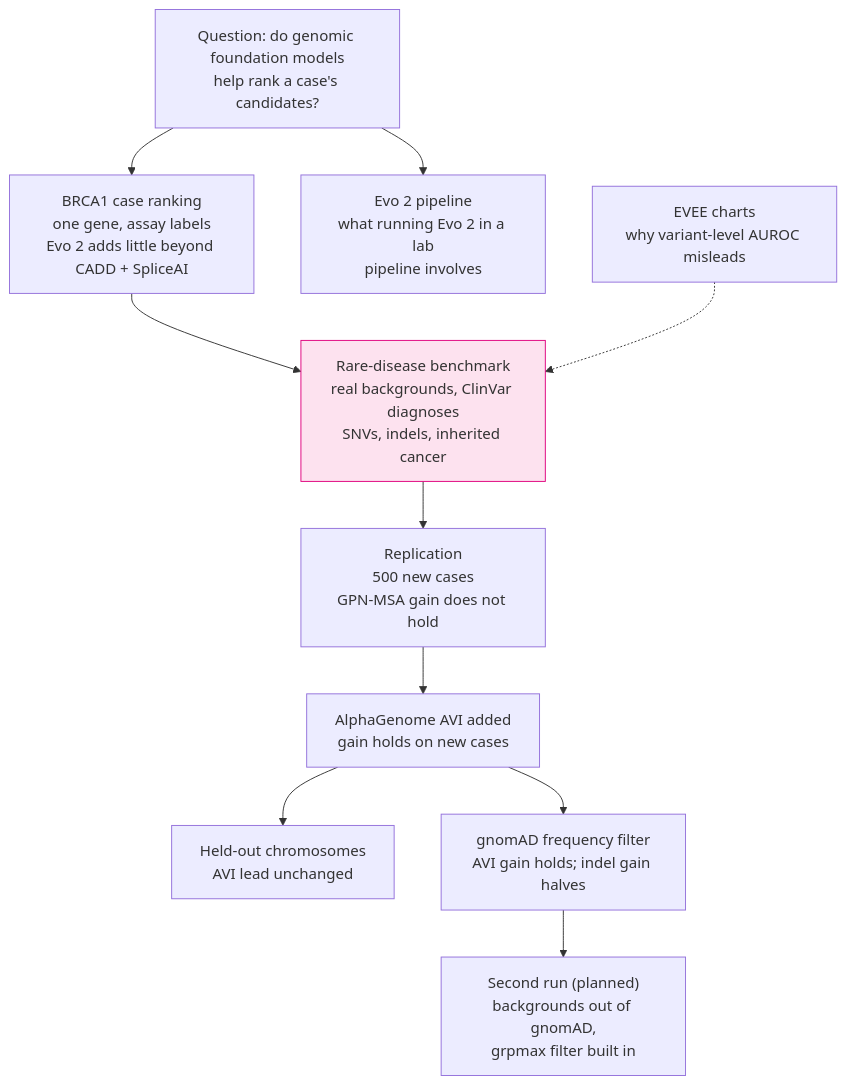
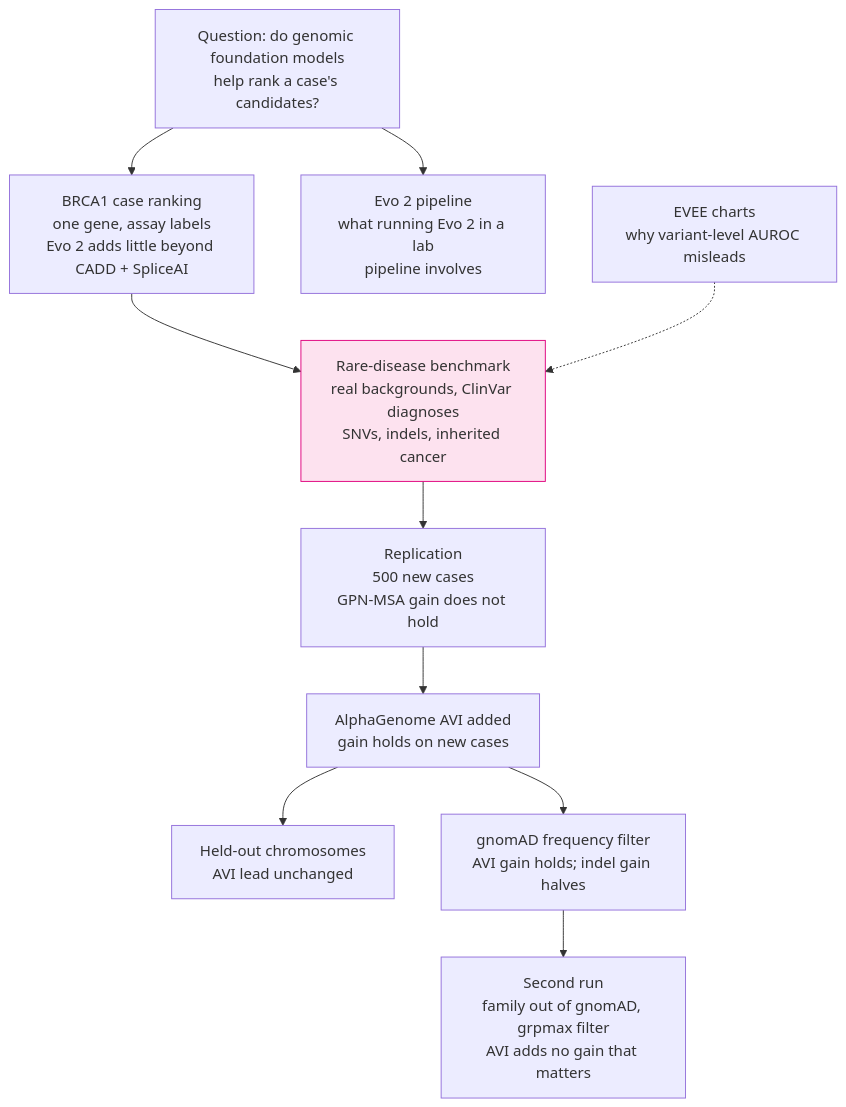
One commit to rewire-bio/amp-2026-studies changed the seventh of 16 diagrams in GUIDE.md. Above: the diagram before and after it, drawn with Mermaid. The commit also changed other lines of this file and 11 other files, not shown here.

````diff
--- a/GUIDE.md
+++ b/GUIDE.md
@@ -208,14 +208,14 @@
 ```mermaid
 flowchart TB
     q["Question: do genomic foundation models<br/>help rank a case's candidates?"]
     q --> b["BRCA1 case ranking<br/>one gene, assay labels<br/>Evo 2 adds little beyond CADD + SpliceAI"]
     q --> p["Evo 2 pipeline<br/>what running Evo 2 in a lab<br/>pipeline involves"]
     b --> rd["Rare-disease benchmark<br/>real backgrounds, ClinVar diagnoses<br/>SNVs, indels, inherited cancer"]
     rd --> rep["Replication<br/>500 new cases<br/>GPN-MSA gain does not hold"]
     rep --> avi["AlphaGenome AVI added<br/>gain holds on new cases"]
     avi --> held["Held-out chromosomes<br/>AVI lead unchanged"]
     avi --> gn["gnomAD frequency filter<br/>AVI gain holds; indel gain halves"]
-    gn --> v2["Second run (planned)<br/>backgrounds out of gnomAD,<br/>grpmax filter built in"]
+    gn --> v2["Second run<br/>family out of gnomAD, grpmax filter<br/>AVI adds no gain that matters"]
     ev["EVEE charts<br/>why variant-level AUROC misleads"] -.-> rd
     style rd fill:#fde2ef,stroke:#df007d
 ```
````
